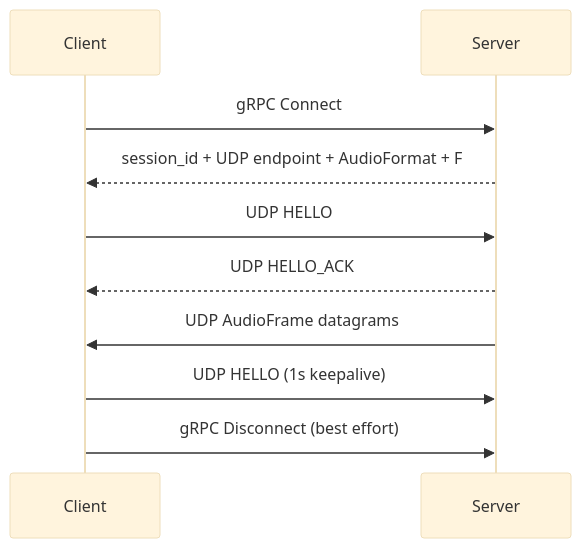
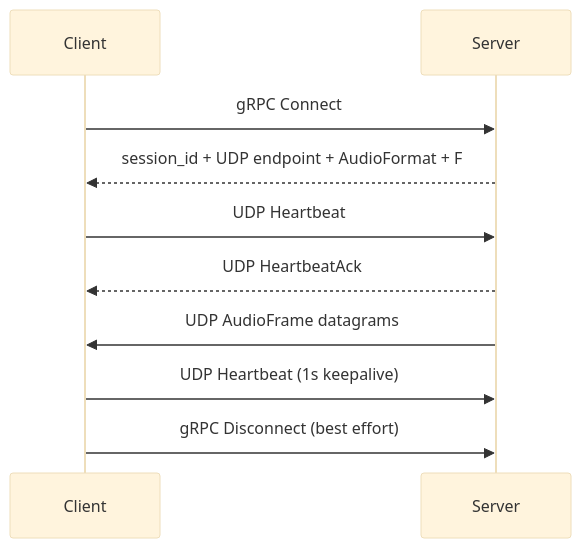
The diagram in README.md (aquawius/aqua), drawn with Mermaid (base theme) before and after one commit. The commit also changed other lines of this file and 61 other files, not shown here.

````diff
--- a/README.md
+++ b/README.md
@@ -172,12 +172,12 @@
 ```mermaid
 sequenceDiagram
     participant C as Client
     participant S as Server
     C ->> S: gRPC Connect
     S -->> C: session_id + UDP endpoint + AudioFormat + F
-    C ->> S: UDP HELLO
-    S -->> C: UDP HELLO_ACK
+    C ->> S: UDP Heartbeat
+    S -->> C: UDP HeartbeatAck
     S ->> C: UDP AudioFrame datagrams
-    C ->> S: UDP HELLO (1s keepalive)
+    C ->> S: UDP Heartbeat (1s keepalive)
     C ->> S: gRPC Disconnect (best effort)
 ```
````
